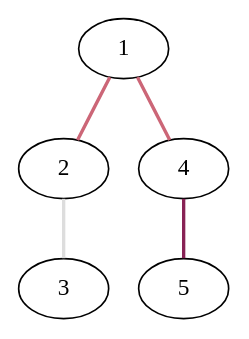
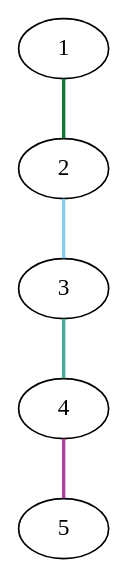
Before and after one commit to u109755b/docker-test: the diagram in dejima/env_generator/YCSB_N5_B100/src.dot, drawn with Graphviz. The commit also changed 1510 other files, not shown here.

```diff
--- a/dejima/env_generator/YCSB_N5_B100/src.dot
+++ b/dejima/env_generator/YCSB_N5_B100/src.dot
@@ -1,12 +1,12 @@
 graph {
 	graph [rankdir=BT]
 	1
 	2
-	2 -- 1 [color="#CC6677" style=bold]
+	2 -- 1 [color="#117733" style=bold]
 	3
-	3 -- 2 [color="#DDDDDD" style=bold]
+	3 -- 2 [color="#88CCEE" style=bold]
 	4
-	4 -- 1 [color="#CC6677" style=bold]
+	4 -- 3 [color="#44AA99" style=bold]
 	5
-	5 -- 4 [color="#882255" style=bold]
+	5 -- 4 [color="#AA4499" style=bold]
 }
```
